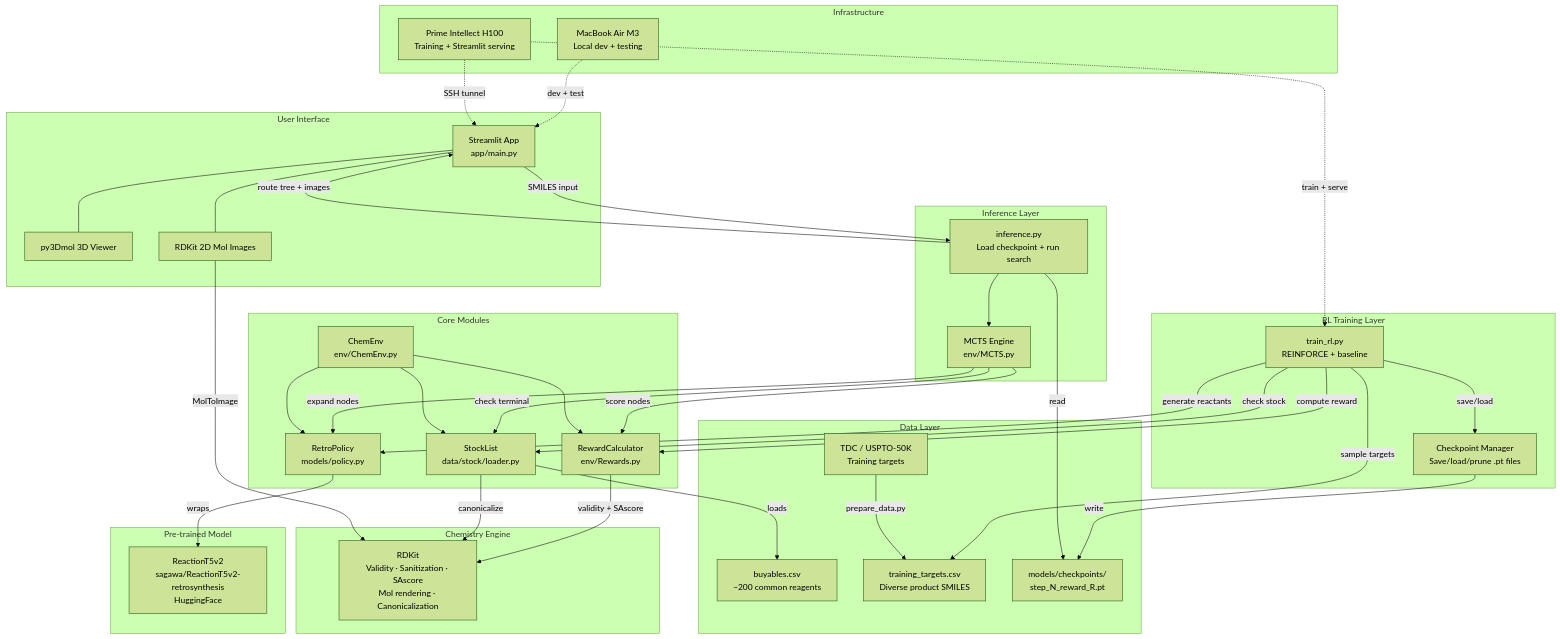
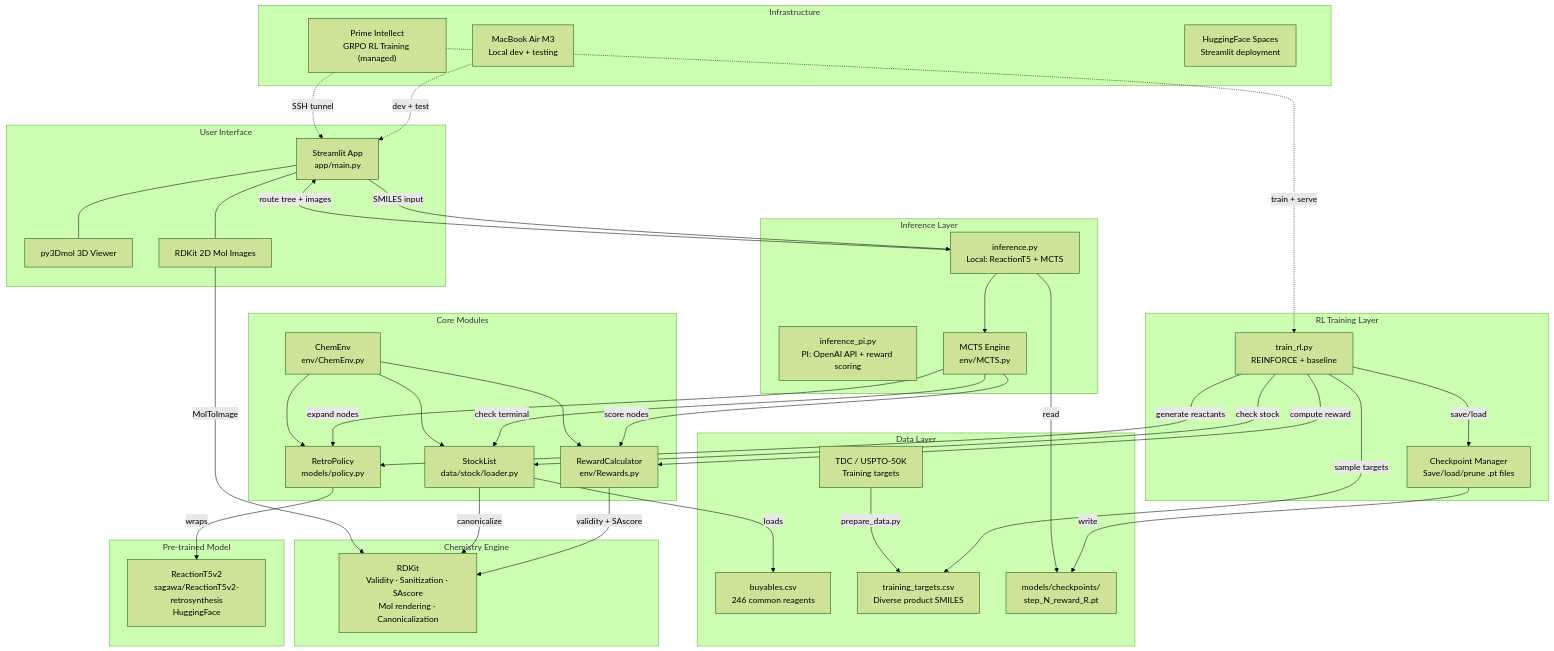
The first of 8 diagrams in ARCHITECTURE.md (Rhoahndur/RL_RetroSynthesis), drawn with Mermaid (forest theme) before and after one commit. The commit also changed other lines of this file and 7 other files, not shown here.

```diff
--- a/ARCHITECTURE.md
+++ b/ARCHITECTURE.md
@@ -11,7 +11,8 @@
     end
 
     subgraph Inference["Inference Layer"]
-        INF["inference.py<br/>Load checkpoint + run search"]
+        INF["inference.py<br/>Local: ReactionT5 + MCTS"]
+        INF_PI["inference_pi.py<br/>PI: OpenAI API + reward scoring"]
         MCTS["MCTS Engine<br/>env/MCTS.py"]
     end
 
@@ -36,7 +37,7 @@
     end
 
     subgraph Data["Data Layer"]
-        CSV["buyables.csv<br/>~200 common reagents"]
+        CSV["buyables.csv<br/>246 common reagents"]
         TDC["TDC / USPTO-50K<br/>Training targets"]
         TARGETS["training_targets.csv<br/>Diverse product SMILES"]
         CKPT_DIR["models/checkpoints/<br/>step_N_reward_R.pt"]
@@ -44,7 +45,8 @@
 
     subgraph Infra["Infrastructure"]
         MAC["MacBook Air M3<br/>Local dev + testing"]
-        PI["Prime Intellect H100<br/>Training + Streamlit serving"]
+        PI["Prime Intellect<br/>GRPO RL Training (managed)"]
+        HFS["HuggingFace Spaces<br/>Streamlit deployment"]
     end
 
     %% User → Inference
```
